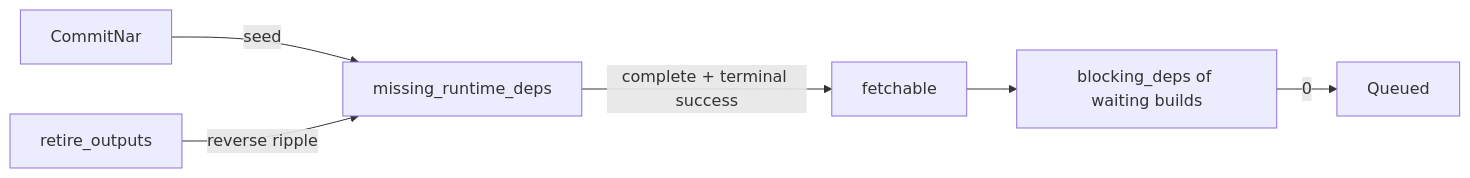
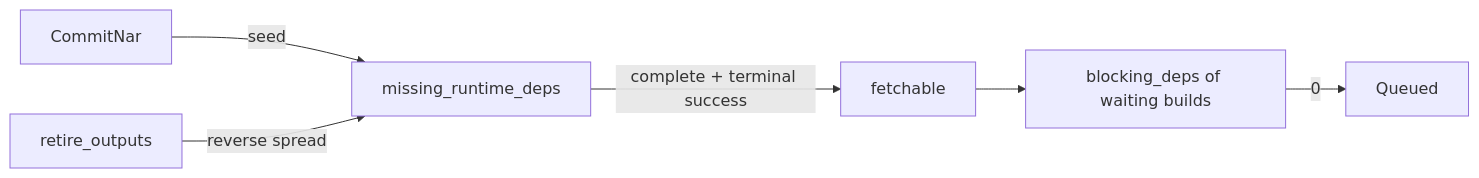
Before and after one commit to wavelens/gradient: the diagram in docs/src/contributors/scheduler/cache-closure.md, drawn with Mermaid. The commit also changed other lines of this file and 75 other files, not shown here.

````diff
--- a/docs/src/contributors/scheduler/cache-closure.md
+++ b/docs/src/contributors/scheduler/cache-closure.md
@@ -5,8 +5,8 @@
 ```mermaid
 flowchart LR
     C[CommitNar] -- seed --> W[missing_runtime_deps]
-    R[retire_outputs] -- reverse ripple --> W
+    R[retire_outputs] -- reverse spread --> W
     W -- "complete + terminal success" --> F[fetchable]
     F --> U["blocking_deps of waiting builds"]
     U -- 0 --> Q[Queued]
 ```
````
